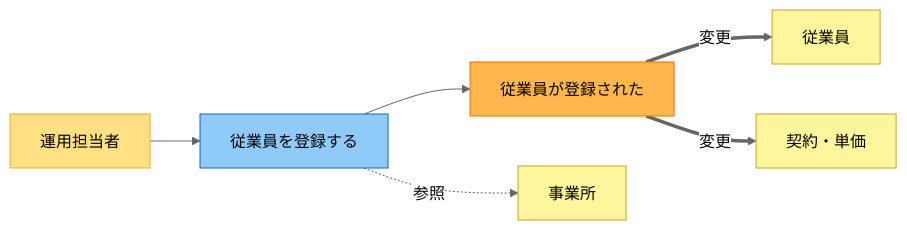
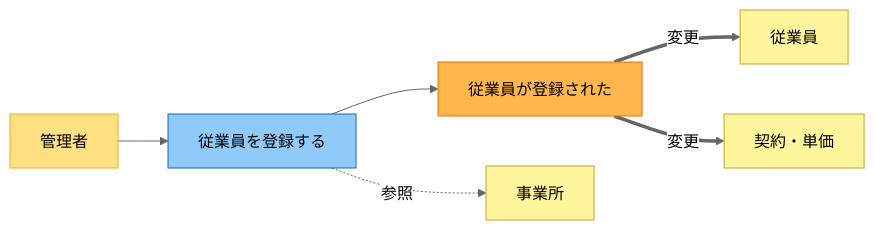
One commit to junichi1225-lang/Payroll-Admin changed the first of 11 diagrams in rdra/analysis.md. Above: the diagram before and after it, drawn with Mermaid (neutral theme). The commit also changed other lines of this file and 1 other file, not shown here.

````diff
--- a/rdra/analysis.md
+++ b/rdra/analysis.md
@@ -122,20 +122,20 @@
 ```mermaid
 flowchart LR
-  admin["運用担当者"]:::actor
+  admin["管理者"]:::actor
   cmd["従業員を登録する"]:::command
   evt["従業員が登録された"]:::event
   emp["従業員"]:::entity
   con["契約・単価"]:::entity
   wp["事業所"]:::entity
 
   admin --> cmd --> evt
   cmd -.参照.-> wp
   evt ==変更==> emp
   evt ==変更==> con
 
   classDef actor fill:#FFE082,stroke:#F9A825,color:#000
   classDef command fill:#90CAF9,stroke:#1565C0,color:#000
   classDef event fill:#FFB74D,stroke:#EF6C00,color:#000
   classDef entity fill:#FFF59D,stroke:#C9A227,color:#000
   classDef external fill:#C8E6C9,stroke:#2E7D32,color:#000
 ```
````
